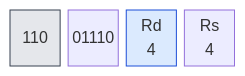
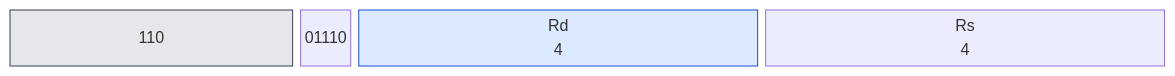
Before and after one commit to olfp/Deep16: diagram 19 of 32 in book/kap03.md, drawn with Mermaid. The commit also changed other lines of this file and 1 other file, not shown here.

Commit message:
book: Befehlsdiagramme auf einheitliches 31-Spalten-Layout (ohne explizite Gap-Blöcke) bereinigt

````diff
--- a/book/kap03.md
+++ b/book/kap03.md
@@ -664,16 +636,16 @@
 ```mermaid
 block-beta
-  columns 4
+  columns 31
   classDef op fill:#e5e7eb,stroke:#374151
   classDef reg fill:#dbeafe,stroke:#1d4ed8
   classDef imm fill:#fef3c7,stroke:#b45309
   classDef off fill:#dcfce7,stroke:#15803d
   classDef seg fill:#ede9fe,stroke:#6d28d9
   classDef all fill:#fee2e2,stroke:#b91c1c
-  b0["110"]:1
+  b0["110"]:5
   b1["01110"]:1
-  b2["Rd<br/>4"]:1
-  b3["Rs<br/>4"]:1
+  b2["Rd<br/>4"]:7
+  b3["Rs<br/>4"]:7
   class b0 b1 op
   class b2 b3 reg
 ```
````
